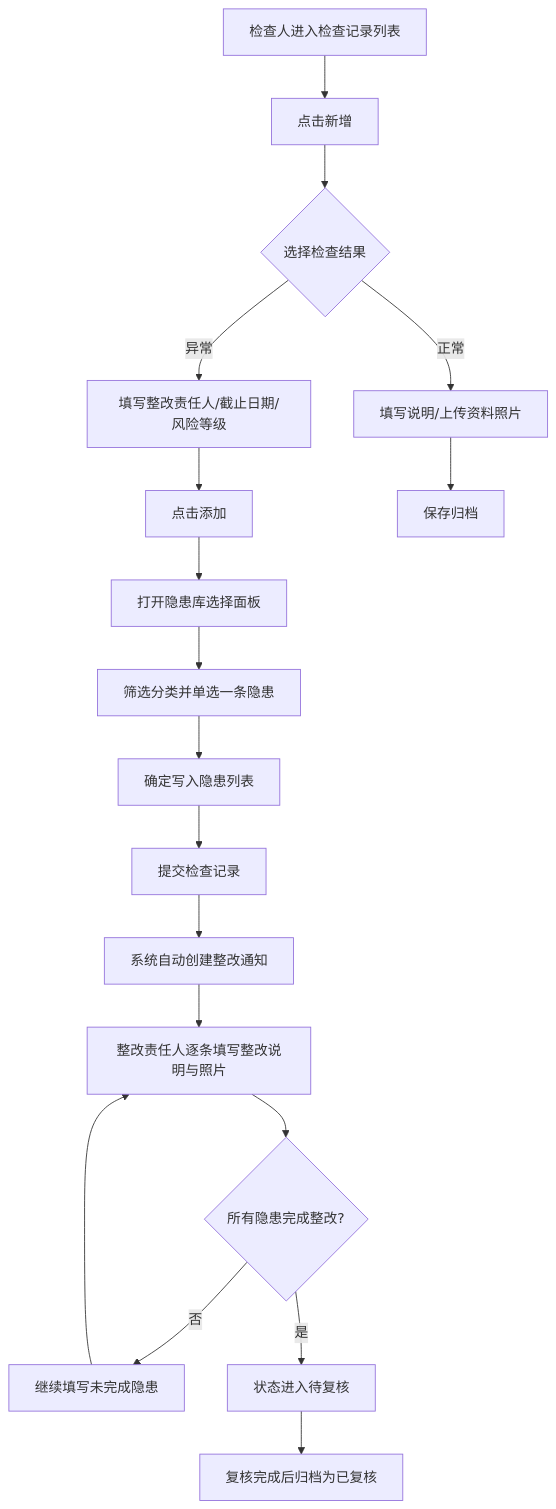
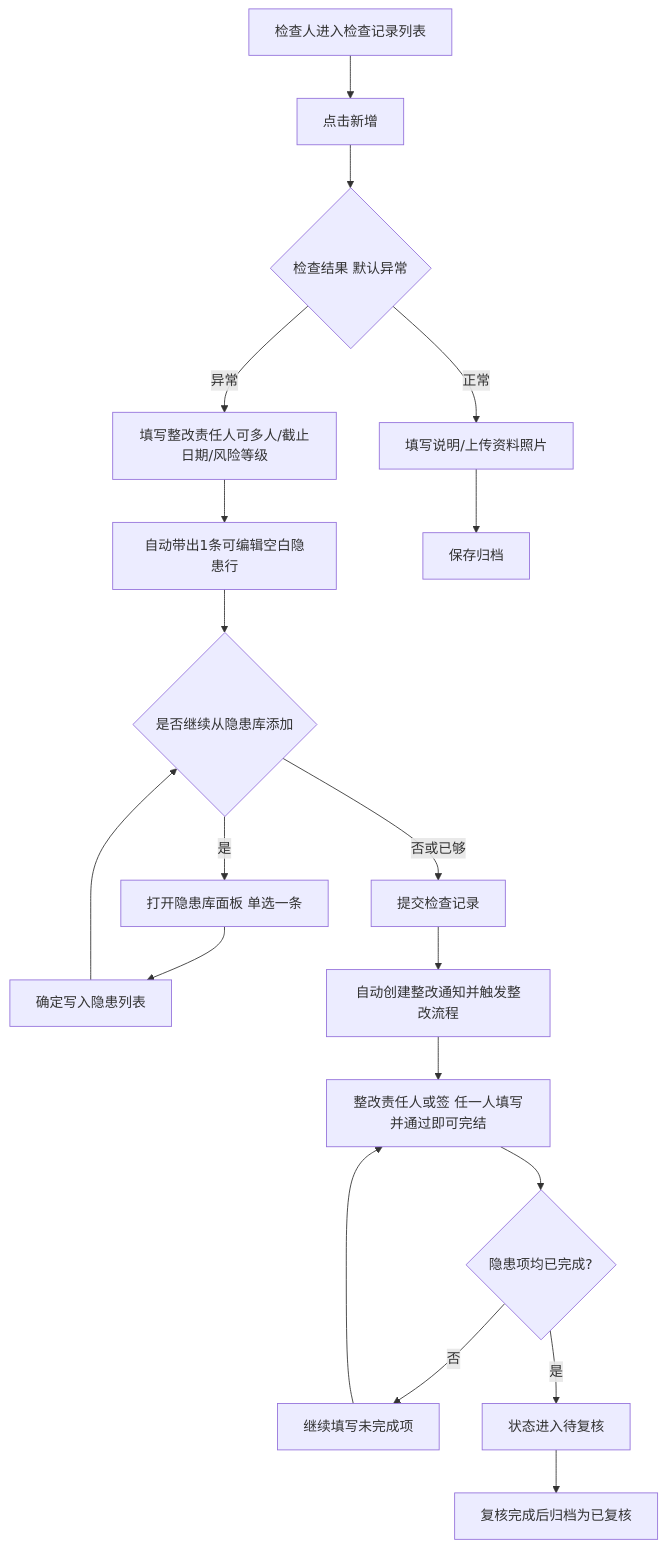
The second of 10 diagrams in docs/versions/v1.0.0/prd.md (liaoliao66/SES), drawn with Mermaid before and after one commit. The commit also changed other lines of this file and 2 other files, not shown here.

````diff
--- a/docs/versions/v1.0.0/prd.md
+++ b/docs/versions/v1.0.0/prd.md
@@ -139,20 +139,21 @@
 ```mermaid
 flowchart TD
   A[检查人进入检查记录列表] --> B[点击新增]
-  B --> C{选择检查结果}
+  B --> C{检查结果 默认异常}
   C -->|正常| D[填写说明/上传资料照片]
-  C -->|异常| E[填写整改责任人/截止日期/风险等级]
-  E --> F[点击添加]
-  F --> G[打开隐患库选择面板]
-  G --> H[筛选分类并单选一条隐患]
+  C -->|异常| E[填写整改责任人可多人/截止日期/风险等级]
+  E --> F[自动带出1条可编辑空白隐患行]
+  F --> G{是否继续从隐患库添加}
+  G -->|是| H[打开隐患库面板 单选一条]
   H --> I[确定写入隐患列表]
-  I --> J[提交检查记录]
+  I --> G
+  G -->|否或已够| J[提交检查记录]
   D --> K[保存归档]
-  J --> L[系统自动创建整改通知]
-  L --> N[整改责任人逐条填写整改说明与照片]
-  N --> O{所有隐患完成整改?}
-  O -->|否| N2[继续填写未完成隐患]
+  J --> L[自动创建整改通知并触发整改流程]
+  L --> N[整改责任人或签 任一人填写并通过即可完结]
+  N --> O{隐患项均已完成?}
+  O -->|否| N2[继续填写未完成项]
   N2 --> N
   O -->|是| P[状态进入待复核]
   P --> Q[复核完成后归档为已复核]
 ```
````
